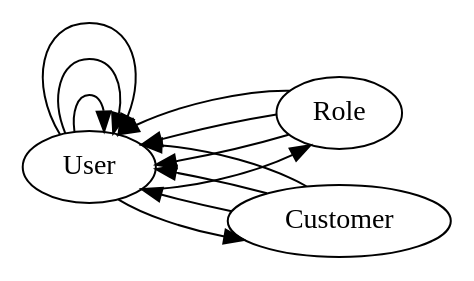
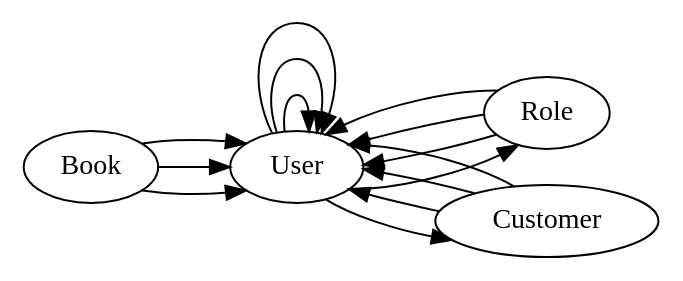
Before and after one commit to stevenvelozo/retold-example-librarylist: the diagram in model/diagrams/LibraryList-Relationships-Full.dot, drawn with Graphviz. The commit also changed 25 other files, not shown here.

```diff
--- a/model/diagrams/LibraryList-Relationships-Full.dot
+++ b/model/diagrams/LibraryList-Relationships-Full.dot
@@ -1,18 +1,22 @@
-## Table Connection Graph -- Generated 2015-12-13T06:07:15.722Z
+## Table Connection Graph -- Generated 2015-12-16T13:29:58.073Z
 digraph DataModel {
 rankdir=LR
 User;
 Role;
 Customer;
+Book;
 User -> User
 User -> User
 User -> User
 User -> Role
 User -> Customer
 Role -> User
 Role -> User
 Role -> User
 Customer -> User
 Customer -> User
 Customer -> User
+Book -> User
+Book -> User
+Book -> User
 }
```
